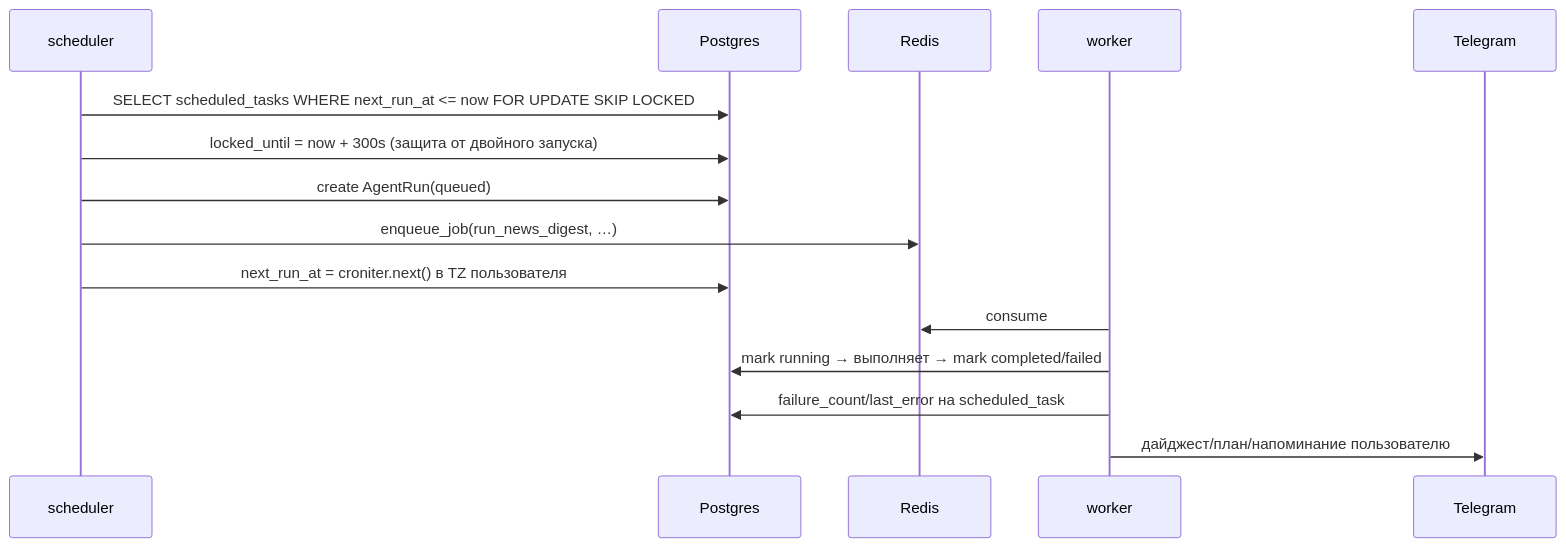
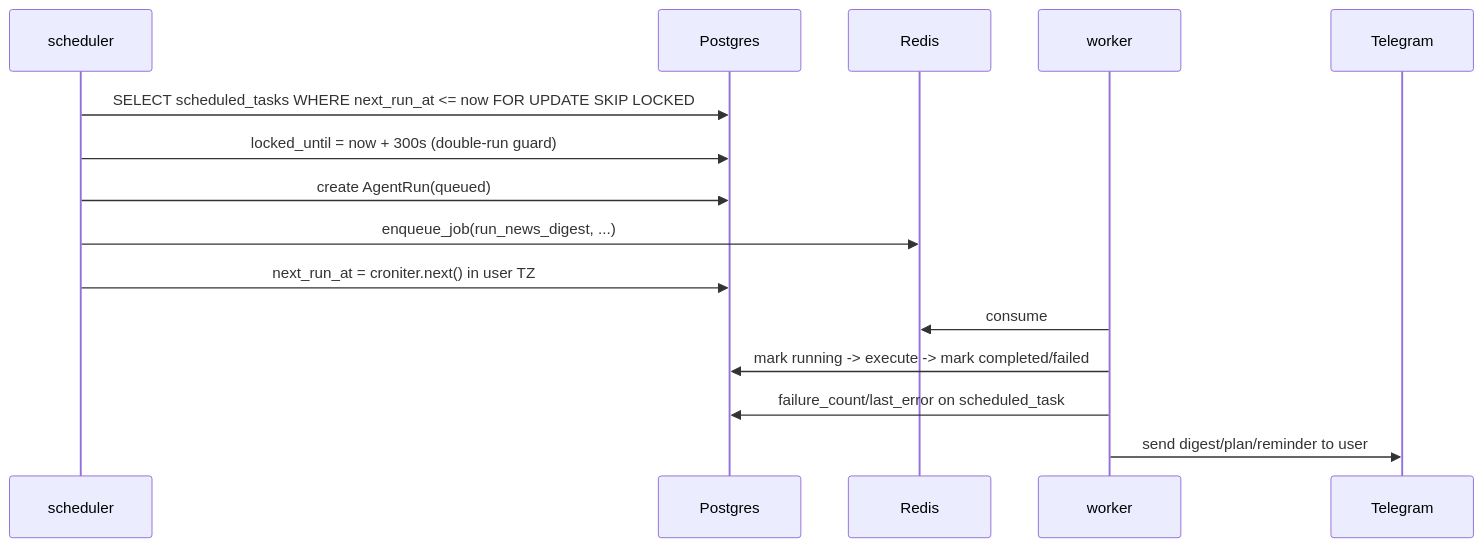
One commit to Maksim-Burtsev/lumi changed the fourth of 4 diagrams in docs/architecture.md. Above: the diagram before and after it, drawn with Mermaid. The commit also changed other lines of this file and 8 other files, not shown here.

````diff
--- a/docs/architecture.md
+++ b/docs/architecture.md
@@ -108,18 +99,18 @@
 ```mermaid
 sequenceDiagram
     participant S as scheduler
     participant DB as Postgres
     participant R as Redis
     participant W as worker
     participant TG as Telegram
 
     S->>DB: SELECT scheduled_tasks WHERE next_run_at <= now FOR UPDATE SKIP LOCKED
-    S->>DB: locked_until = now + 300s (защита от двойного запуска)
+    S->>DB: locked_until = now + 300s (double-run guard)
     S->>DB: create AgentRun(queued)
-    S->>R: enqueue_job(run_news_digest, …)
-    S->>DB: next_run_at = croniter.next() в TZ пользователя
+    S->>R: enqueue_job(run_news_digest, ...)
+    S->>DB: next_run_at = croniter.next() in user TZ
     W->>R: consume
-    W->>DB: mark running → выполняет → mark completed/failed
-    W->>DB: failure_count/last_error на scheduled_task
-    W->>TG: дайджест/план/напоминание пользователю
+    W->>DB: mark running -> execute -> mark completed/failed
+    W->>DB: failure_count/last_error on scheduled_task
+    W->>TG: send digest/plan/reminder to user
 ```
````
